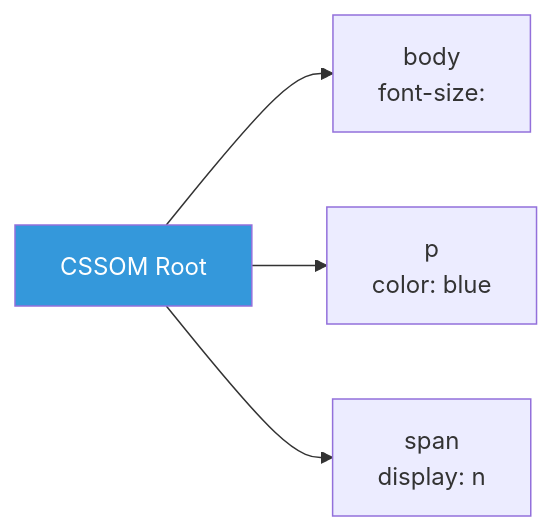
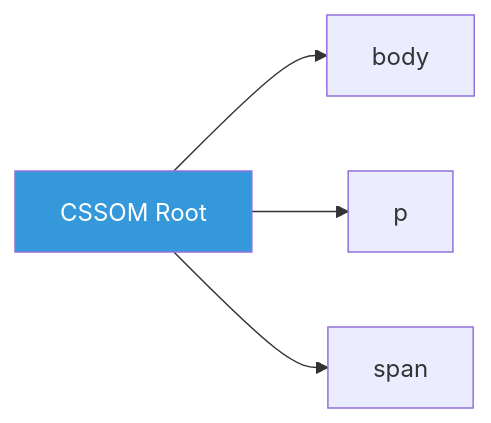
One commit to yjkim2015/yjkim2015.github.io changed the fifth of 10 diagrams in _posts/frontend/2026-05-02-browser-rendering.md. Above: the diagram before and after it, drawn with Mermaid. The commit also changed other lines of this file and 245 other files, not shown here.

First line of the commit message:
Mermaid 다이어그램 전면 수정 + 면접 포인트 접기/펼치기 + DB 데드락 페이지

````diff
--- a/_posts/frontend/2026-05-02-browser-rendering.md
+++ b/_posts/frontend/2026-05-02-browser-rendering.md
@@ -129,7 +127,7 @@
 ```mermaid
 graph LR
-    CSSOM[CSSOM Root] --> BODY_CSS["body<br>font-size:"]
-    CSSOM --> P_CSS["p<br>color: blue<b"]
-    CSSOM --> SPAN_CSS["span<br>display: n"]
+    CSSOM["CSSOM Root"] --> BODY_CSS["body"]
+    CSSOM --> P_CSS["p"]
+    CSSOM --> SPAN_CSS["span"]
     style CSSOM fill:#3498db,color:#fff
 ```
````
